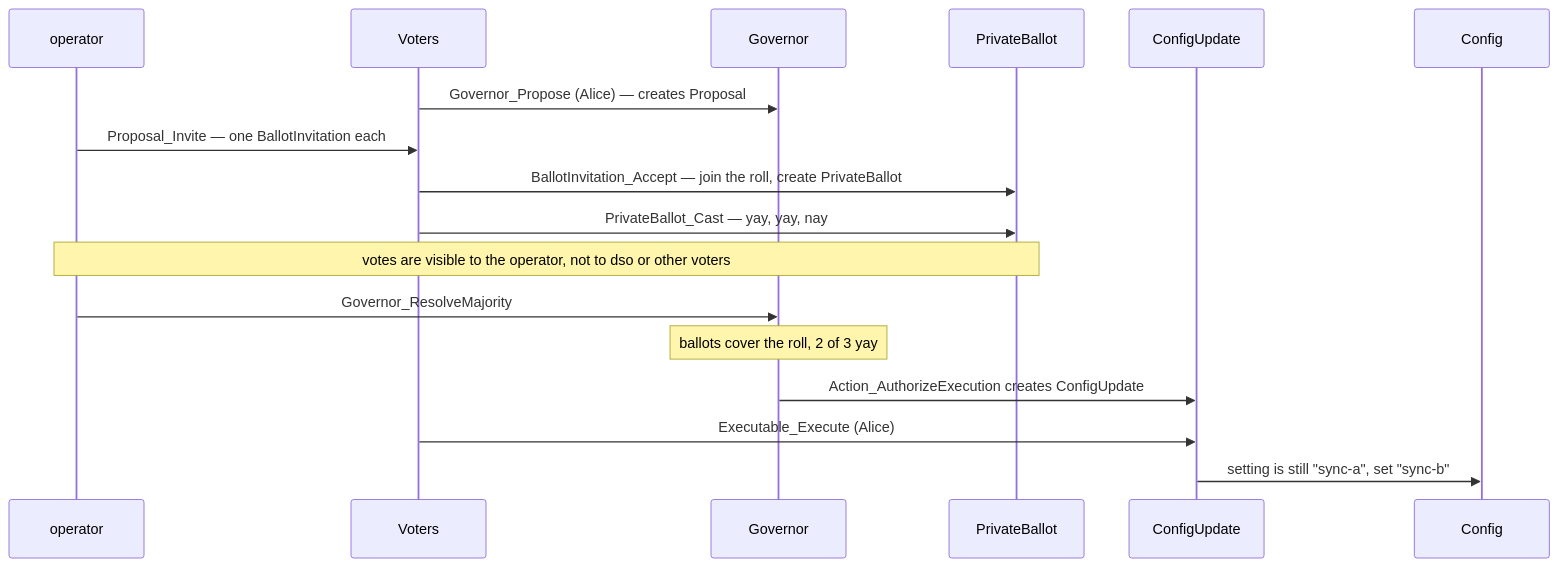
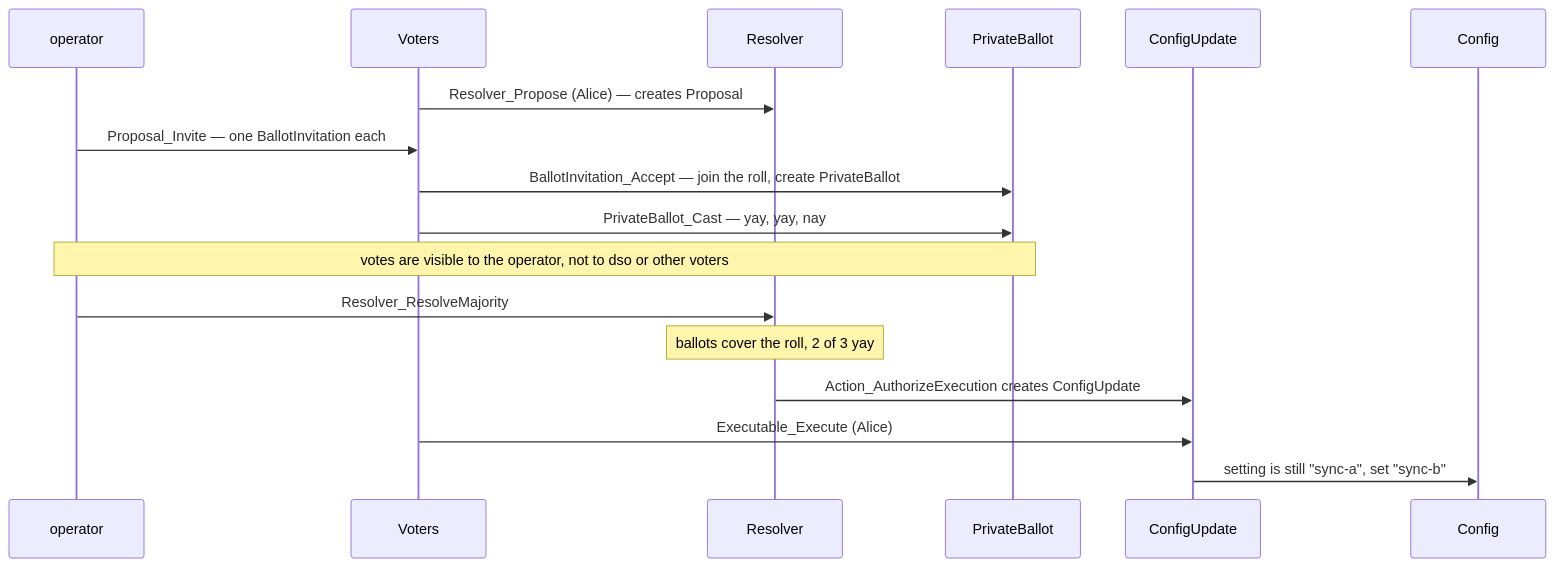
One commit to unlockitio/concordia changed the third of 4 diagrams in examples/governance/DEMOS-happy.md. Above: the diagram before and after it, drawn with Mermaid. The commit also changed other lines of this file and 31 other files, not shown here.

Commit message:
Rename Governor to Resolver, ResolutionRef to ResolutionInfo; move   governance docs to docs/governance

````diff
--- a/examples/governance/DEMOS-happy.md
+++ b/examples/governance/DEMOS-happy.md
@@ -148,20 +148,20 @@
 ```mermaid
 sequenceDiagram
     participant OP as operator
     participant V as Voters
-    participant R as Governor
+    participant R as Resolver
     participant BL as PrivateBallot
     participant X as ConfigUpdate
     participant CFG as Config
 
-    V->>R: Governor_Propose (Alice) — creates Proposal
+    V->>R: Resolver_Propose (Alice) — creates Proposal
     OP->>V: Proposal_Invite — one BallotInvitation each
     V->>BL: BallotInvitation_Accept — join the roll, create PrivateBallot
     V->>BL: PrivateBallot_Cast — yay, yay, nay
     Note over OP,BL: votes are visible to the operator, not to dso or other voters
-    OP->>R: Governor_ResolveMajority
+    OP->>R: Resolver_ResolveMajority
     Note over R: ballots cover the roll, 2 of 3 yay
     R->>X: Action_AuthorizeExecution creates ConfigUpdate
     V->>X: Executable_Execute (Alice)
     X->>CFG: setting is still "sync-a", set "sync-b"
 ```
````
